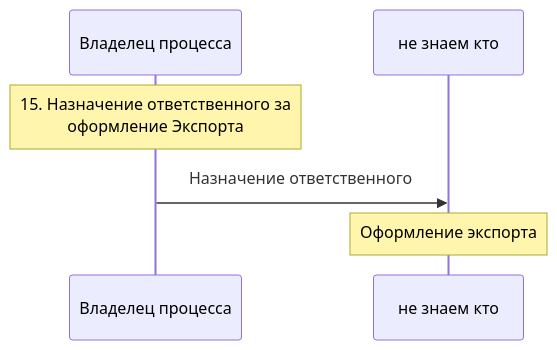
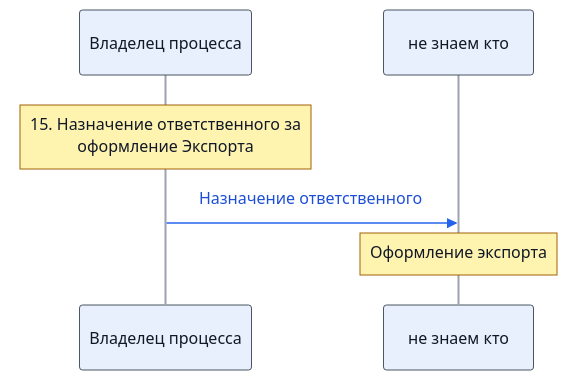
The first of 3 diagrams in inst/md-out/pro/r09-oformlenie-eksporta/index.md (vlad78831457/orb-work), drawn with Mermaid before and after one commit. The commit also changed other lines of this file and 66 other files, not shown here.

Commit message:
fix(inst): diagrams readable in GitHub dark theme — own Mermaid theme, blue arrows and labels, white backdrops, larger font

````diff
--- a/inst/md-out/pro/r09-oformlenie-eksporta/index.md
+++ b/inst/md-out/pro/r09-oformlenie-eksporta/index.md
@@ -14,8 +14,11 @@
 ```mermaid
+%%{init: {"theme": "base", "themeVariables": {"fontSize": "16px", "primaryColor": "#e8f0fe", "primaryTextColor": "#111827", "primaryBorderColor": "#4b5563", "lineColor": "#2563eb", "textColor": "#111827", "clusterBkg": "#fffbe6", "clusterBorder": "#9ca3af", "edgeLabelBackground": "#ffffff", "signalColor": "#2563eb", "signalTextColor": "#1d4ed8", "noteBkgColor": "#fff3b0", "noteTextColor": "#111827", "noteBorderColor": "#a16207", "actorBkg": "#e8f0fe", "actorTextColor": "#111827", "actorBorder": "#4b5563", "actorLineColor": "#9ca3af", "labelBoxBkgColor": "#e8f0fe", "labelTextColor": "#111827"}}}%%
 sequenceDiagram
   participant r_vladelets as Владелец процесса
   participant r_none as не знаем кто
+  rect rgb(255, 255, 255)
   Note over r_vladelets: 15. Назначение ответственного за<br/>оформление Экспорта
   r_vladelets->>r_none: Назначение ответственного
   Note over r_none: Оформление экспорта
+  end
 ```
````
